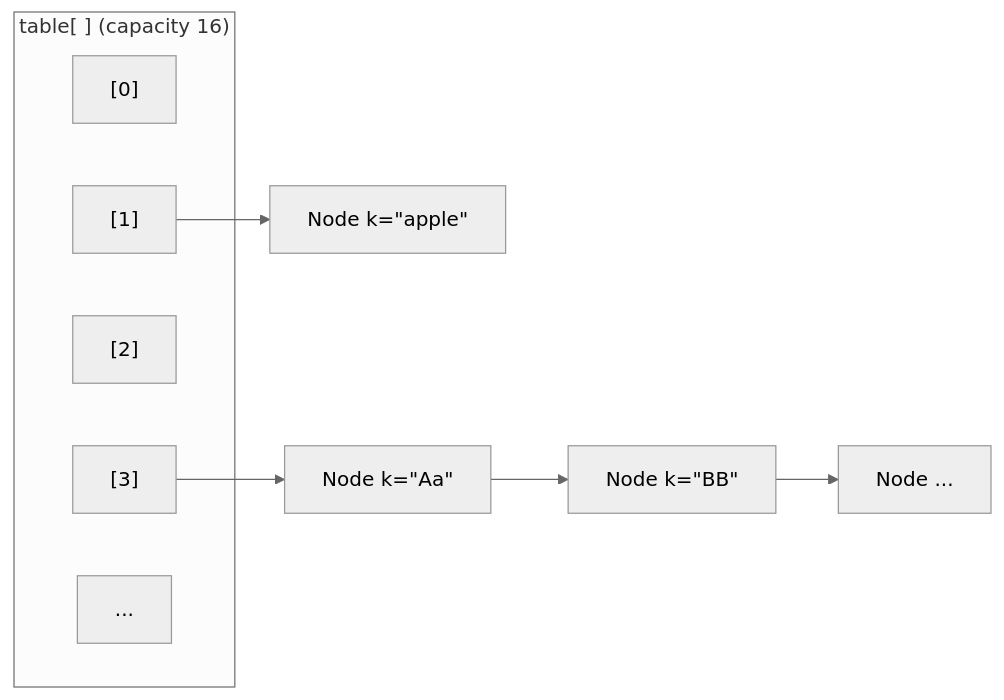
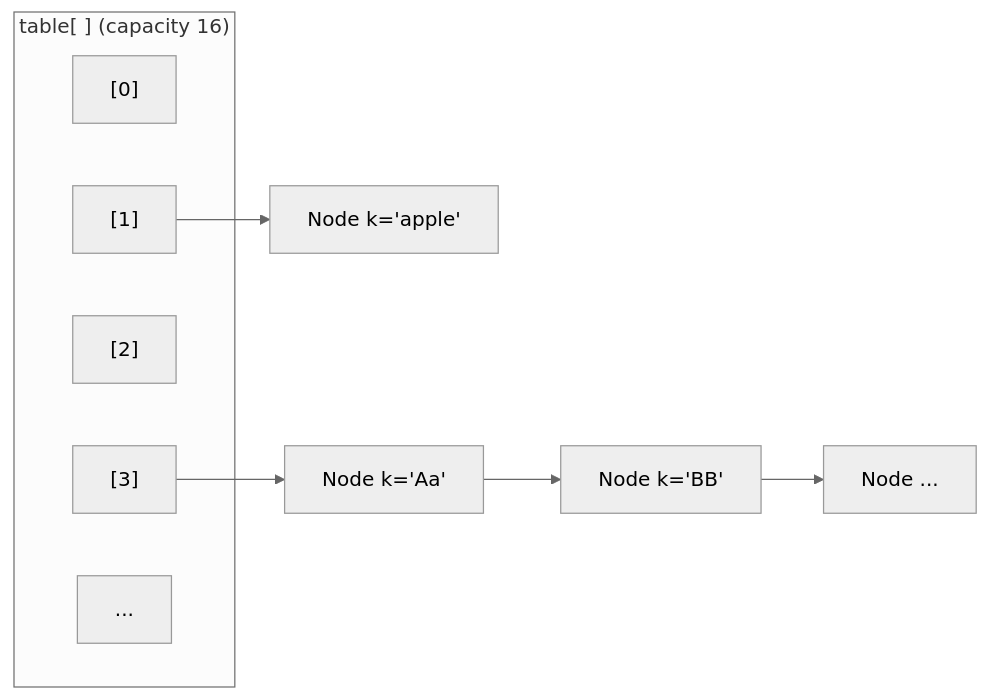
One commit to vasu1705/SDE-II-Prep changed the first of 3 diagrams in 02-languages/java/02-collections/03-hashmap-internals.md. Above: the diagram before and after it, drawn with Mermaid (neutral theme). The commit also changed 1 other file, not shown here.

Commit message:
Fix Mermaid labels that GitHub failed to parse
GitHub decodes &quot; before Mermaid reads the diagram, which closed the
label early. Use single quotes inside quoted labels instead.

````diff
--- a/02-languages/java/02-collections/03-hashmap-internals.md
+++ b/02-languages/java/02-collections/03-hashmap-internals.md
@@ -33,12 +33,12 @@
 ```mermaid
 flowchart LR
     subgraph table["table[ ] (capacity 16)"]
         T0["[0]"]
         T1["[1]"]
         T2["[2]"]
         T3["[3]"]
         Tdots["..."]
     end
-    T1 --> N1["Node k=&quot;apple&quot;"]
-    T3 --> N2["Node k=&quot;Aa&quot;"] --> N3["Node k=&quot;BB&quot;"] --> N4["Node ..."]
+    T1 --> N1["Node k='apple'"]
+    T3 --> N2["Node k='Aa'"] --> N3["Node k='BB'"] --> N4["Node ..."]
 ```
````
